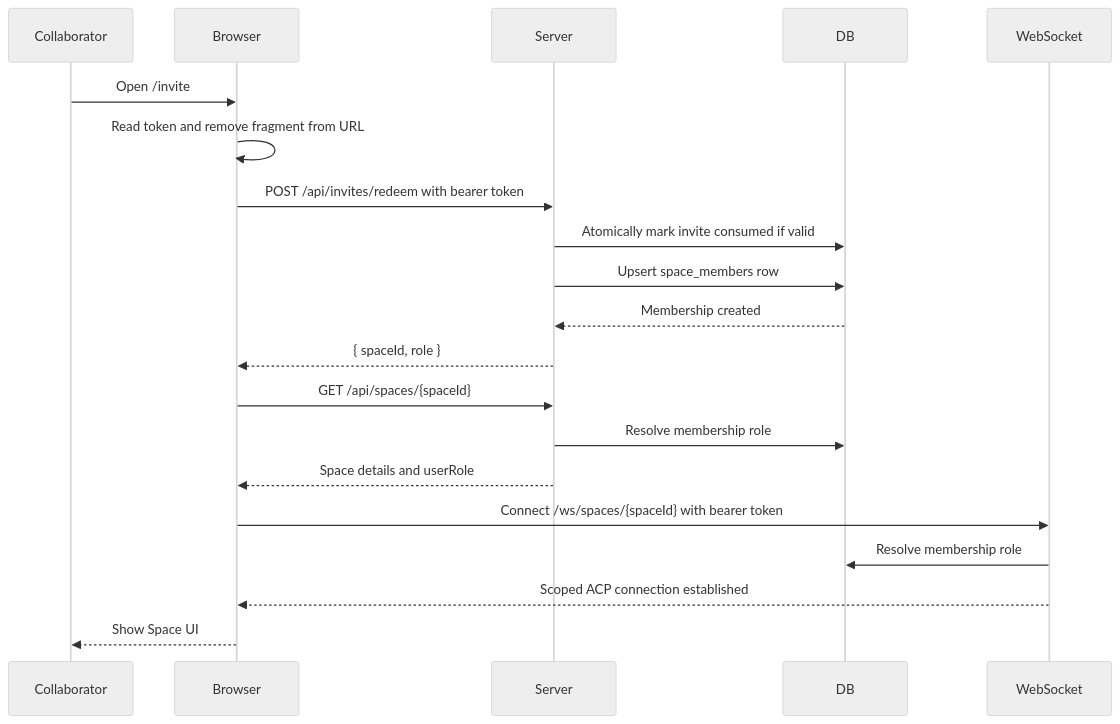
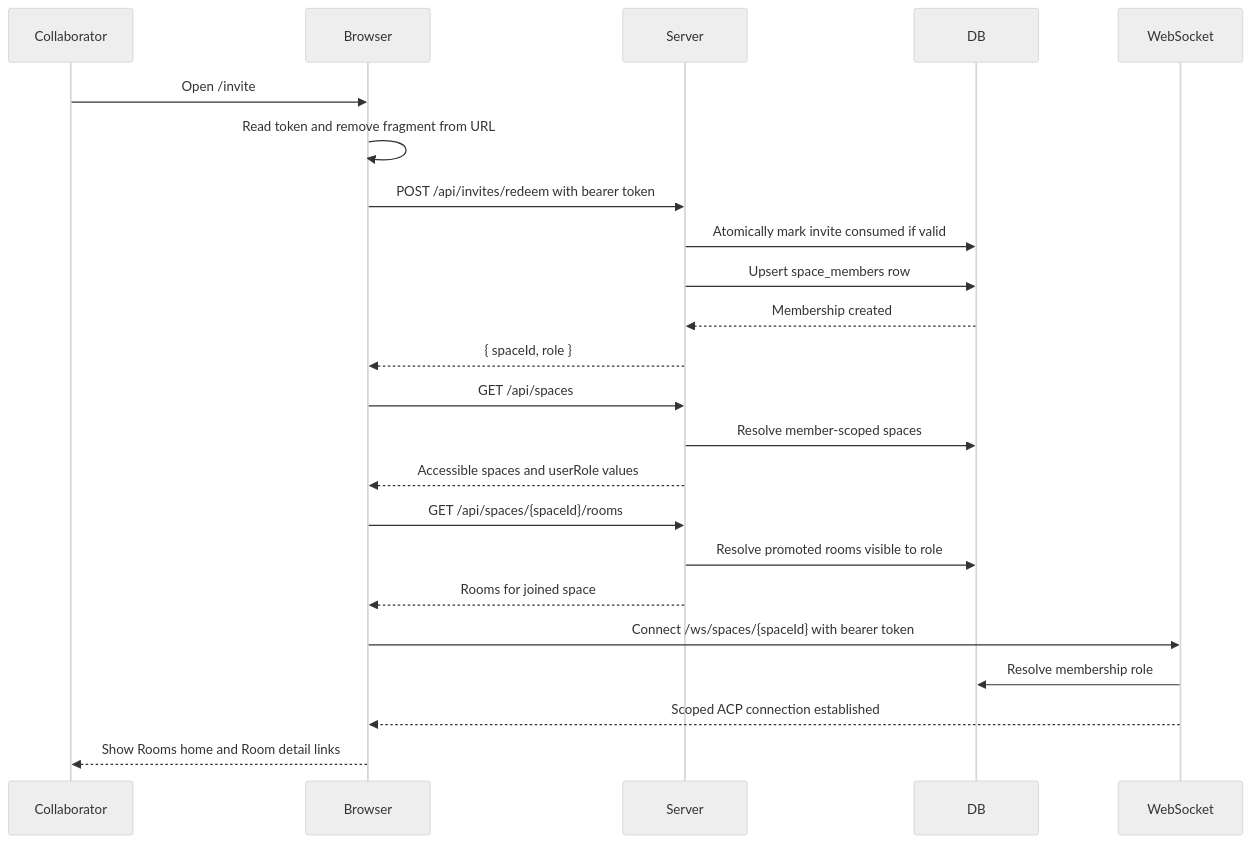
The first of 5 diagrams in docs/flows/03-collaborator-access.md (jchadwick/ai-spaces), drawn with Mermaid (neutral theme) before and after one commit. The commit also changed other lines of this file and 33 other files, not shown here.

````diff
--- a/docs/flows/03-collaborator-access.md
+++ b/docs/flows/03-collaborator-access.md
@@ -12,23 +12,26 @@
 ```mermaid
 sequenceDiagram
     participant Collaborator
     participant Browser
     participant Server
     participant DB
     participant WebSocket
 
     Collaborator->>Browser: Open /invite#token=...
     Browser->>Browser: Read token and remove fragment from URL
     Browser->>Server: POST /api/invites/redeem with bearer token
     Server->>DB: Atomically mark invite consumed if valid
     Server->>DB: Upsert space_members row
     DB-->>Server: Membership created
     Server-->>Browser: { spaceId, role }
-    Browser->>Server: GET /api/spaces/{spaceId}
-    Server->>DB: Resolve membership role
-    Server-->>Browser: Space details and userRole
+    Browser->>Server: GET /api/spaces
+    Server->>DB: Resolve member-scoped spaces
+    Server-->>Browser: Accessible spaces and userRole values
+    Browser->>Server: GET /api/spaces/{spaceId}/rooms
+    Server->>DB: Resolve promoted rooms visible to role
+    Server-->>Browser: Rooms for joined space
     Browser->>WebSocket: Connect /ws/spaces/{spaceId} with bearer token
     WebSocket->>DB: Resolve membership role
     WebSocket-->>Browser: Scoped ACP connection established
-    Browser-->>Collaborator: Show Space UI
+    Browser-->>Collaborator: Show Rooms home and Room detail links
 ```
````
